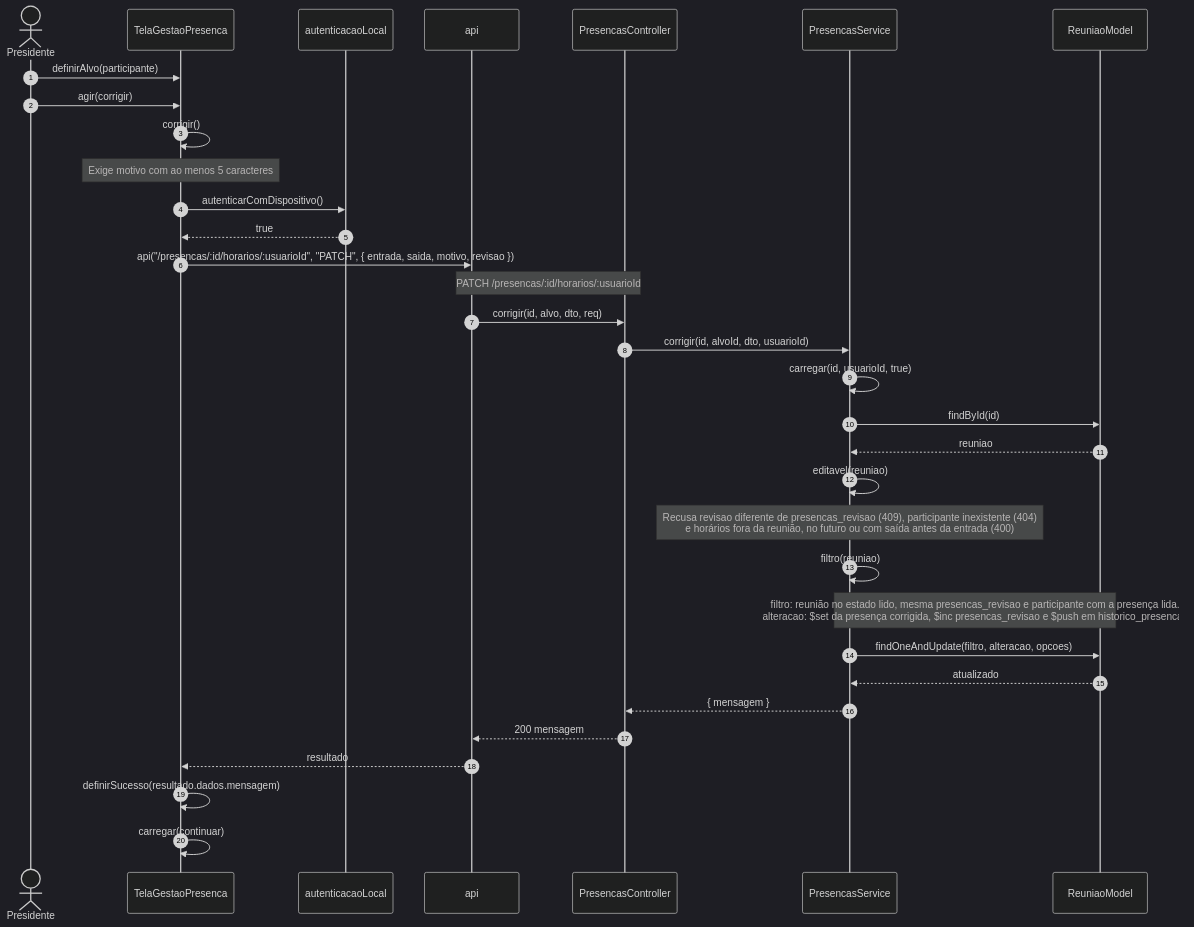
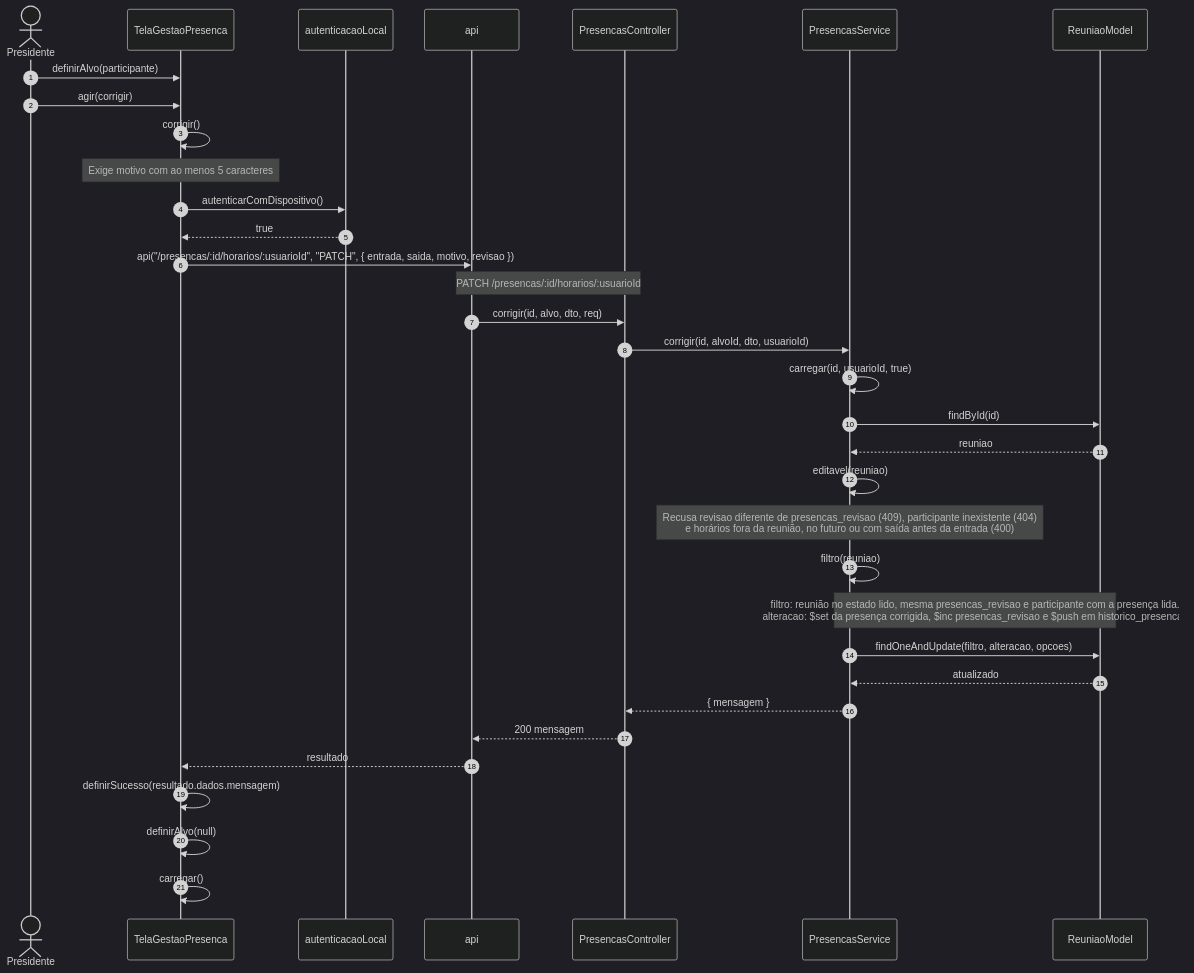
One commit to Conecta-IFSP/DOCUMENTATION changed diagram 20 of 21 in 3 - Incremento2/reunioes/6 - diagramas-sequencia-reunioes.md. Above: the diagram before and after it, drawn with Mermaid (dark theme). The commit also changed other lines of this file and 7 other files, not shown here.

````diff
--- a/3 - Incremento2/reunioes/6 - diagramas-sequencia-reunioes.md
+++ b/3 - Incremento2/reunioes/6 - diagramas-sequencia-reunioes.md
@@ -828,35 +873,36 @@
 ```mermaid
 sequenceDiagram
     autonumber
     actor U as Presidente
     participant T as TelaGestaoPresenca
     participant L as autenticacaoLocal
     participant A as api
     participant C as PresencasController
     participant S as PresencasService
     participant M as ReuniaoModel
     U->>T: definirAlvo(participante)
     U->>T: agir(corrigir)
     T->>T: corrigir()
     Note over T: Exige motivo com ao menos 5 caracteres
     T->>L: autenticarComDispositivo()
     L-->>T: true
     T->>A: api("/presencas/:id/horarios/:usuarioId", "PATCH", { entrada, saida, motivo, revisao })
     Note over A,C: PATCH /presencas/:id/horarios/:usuarioId
     A->>C: corrigir(id, alvo, dto, req)
     C->>S: corrigir(id, alvoId, dto, usuarioId)
     S->>S: carregar(id, usuarioId, true)
     S->>M: findById(id)
     M-->>S: reuniao
     S->>S: editavel(reuniao)
     Note over S: Recusa revisao diferente de presencas_revisao (409), participante inexistente (404)<br/>e horários fora da reunião, no futuro ou com saída antes da entrada (400)
     S->>S: filtro(reuniao)
     Note over S,M: filtro: reunião no estado lido, mesma presencas_revisao e participante com a presença lida.<br/>alteracao: $set da presença corrigida, $inc presencas_revisao e $push em historico_presencas
     S->>M: findOneAndUpdate(filtro, alteracao, opcoes)
     M-->>S: atualizado
     S-->>C: { mensagem }
     C-->>A: 200 mensagem
     A-->>T: resultado
     T->>T: definirSucesso(resultado.dados.mensagem)
-    T->>T: carregar(continuar)
+    T->>T: definirAlvo(null)
+    T->>T: carregar()
 ```
````
